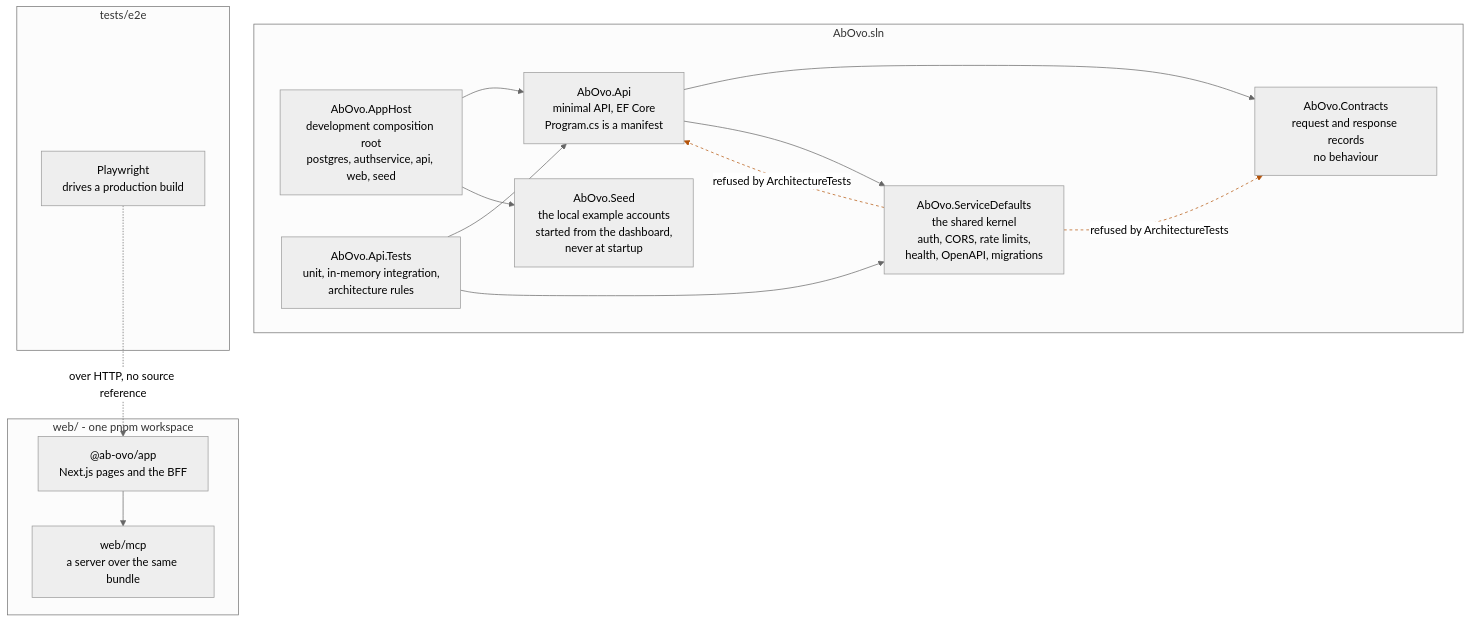
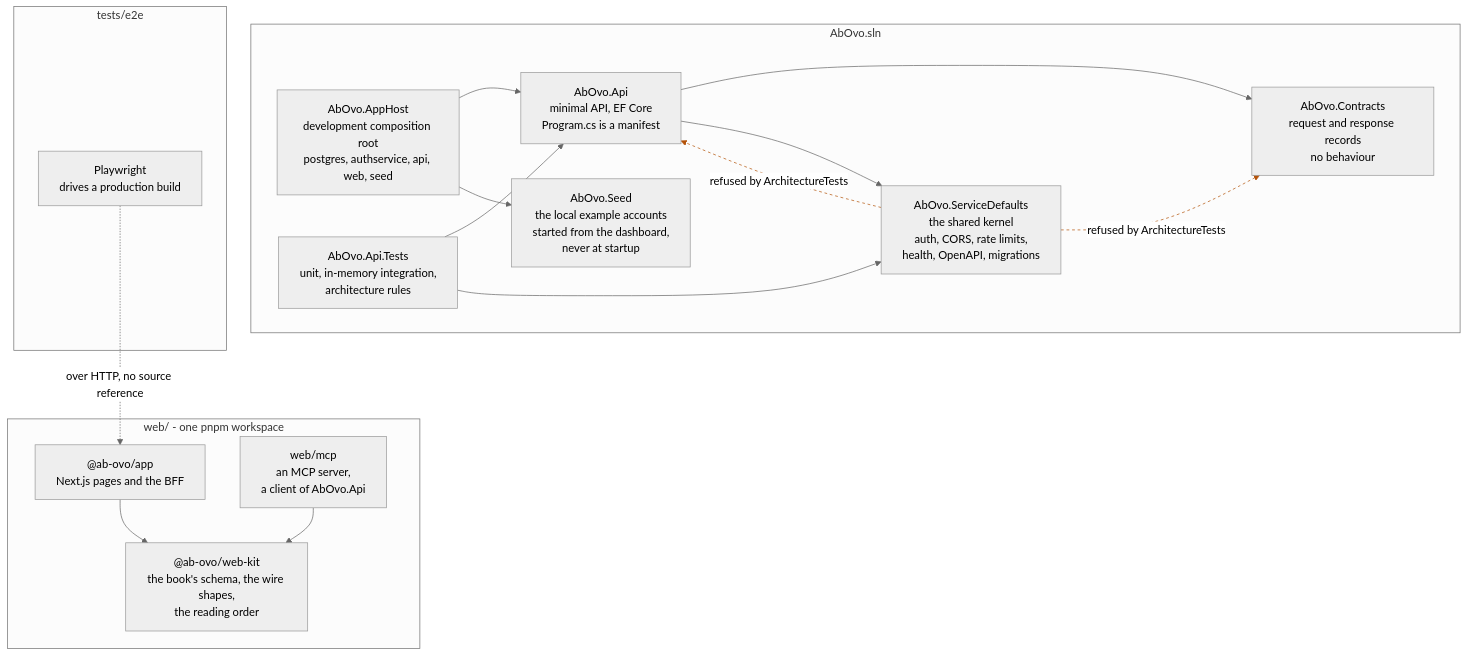
Before and after one commit to konradcinkusz/ab-ove: the diagram in docs/diagrams/a2-solution-layout.mmd, drawn with Mermaid (neutral theme). The commit also changed 64 other files, not shown here.

```diff
--- a/docs/diagrams/a2-solution-layout.mmd
+++ b/docs/diagrams/a2-solution-layout.mmd
@@ -1,45 +1,47 @@
 %% The solution layout: the .NET projects, one pnpm workspace, and what may reference what.
 %% ONE DIAGRAM PER FILE. ASCII ONLY. See a1-system-context.mmd for why no comment line here
 %% is a bare %% marker.
 
 %% THE ARROWS ARE PROJECT REFERENCES, AND THE ABSENT ONES ARE THE POINT. The shared kernel
 %% (AbOvo.ServiceDefaults) has no arrow leaving it, because P2 makes it plumbing only and
 %% tests/AbOvo.Api.Tests/ArchitectureTests.cs refuses a reference from it to AbOvo.Api or
 %% AbOvo.Contracts. A .Core library that began as shared plumbing and ended as a shared
 %% domain has already been paid for twice in this estate.
 
 %% AbOvo.AppHost IS DEVELOPMENT ONLY (P1). It composes the system on a laptop; it is not
 %% the deployed topology, which is flyio/*.fly.toml and has never been applied.
 
 flowchart TD
   subgraph dotnet["AbOvo.sln"]
     APPHOST["AbOvo.AppHost<br/>development composition root<br/>postgres, authservice, api, web, seed"]
     API["AbOvo.Api<br/>minimal API, EF Core<br/>Program.cs is a manifest"]
     CONTRACTS["AbOvo.Contracts<br/>request and response records<br/>no behaviour"]
     KERNEL["AbOvo.ServiceDefaults<br/>the shared kernel<br/>auth, CORS, rate limits,<br/>health, OpenAPI, migrations"]
     TESTS["AbOvo.Api.Tests<br/>unit, in-memory integration,<br/>architecture rules"]
     SEED["AbOvo.Seed<br/>the local example accounts<br/>started from the dashboard,<br/>never at startup"]
   end
 
   subgraph node["web/ - one pnpm workspace"]
     APP["@ab-ovo/app<br/>Next.js pages and the BFF"]
-    MCP["web/mcp<br/>a server over the same bundle"]
+    MCP["web/mcp<br/>an MCP server,<br/>a client of AbOvo.Api"]
+    KIT["@ab-ovo/web-kit<br/>the book's schema, the wire shapes,<br/>the reading order"]
   end
 
   subgraph accept["tests/e2e"]
     E2E["Playwright<br/>drives a production build"]
   end
 
   APPHOST --> API
   APPHOST --> SEED
   API --> CONTRACTS
   API --> KERNEL
   TESTS --> API
   TESTS --> KERNEL
-  APP --> MCP
+  APP --> KIT
+  MCP --> KIT
   E2E -.->|"over HTTP, no source reference"| APP
 
   KERNEL -.->|"refused by ArchitectureTests"| API
   KERNEL -.->|"refused by ArchitectureTests"| CONTRACTS
 
-  linkStyle 8,9 stroke:#b45309,stroke-dasharray: 4 4;
+  linkStyle 9,10 stroke:#b45309,stroke-dasharray: 4 4;
```
